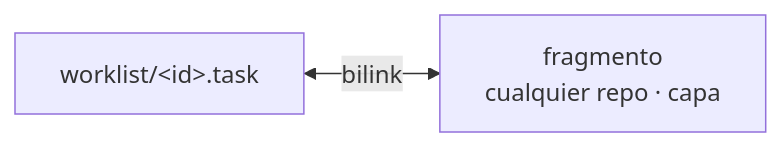
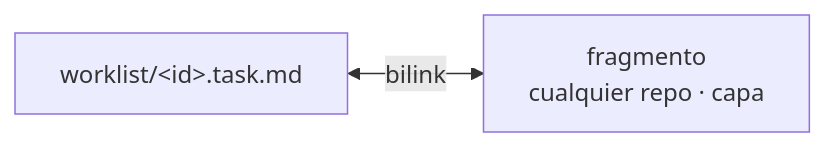
Before and after one commit to anibalanto/accreta: the second of 3 diagrams in subsystems/worklist/architecture.md, drawn with Mermaid. The commit also changed other lines of this file and 223 other files, not shown here.

Commit message:
u: aplanar el worklist para que el endpoint task resuelva por id

````diff
--- a/subsystems/worklist/architecture.md
+++ b/subsystems/worklist/architecture.md
@@ -82,4 +66,4 @@
 ```mermaid
 flowchart LR
-    T["worklist/&lt;id&gt;.task"] <-->|bilink| F["fragmento\ncualquier repo · capa"]
+    T["worklist/&lt;id&gt;.task.md"] <-->|bilink| F["fragmento\ncualquier repo · capa"]
 ```
````
